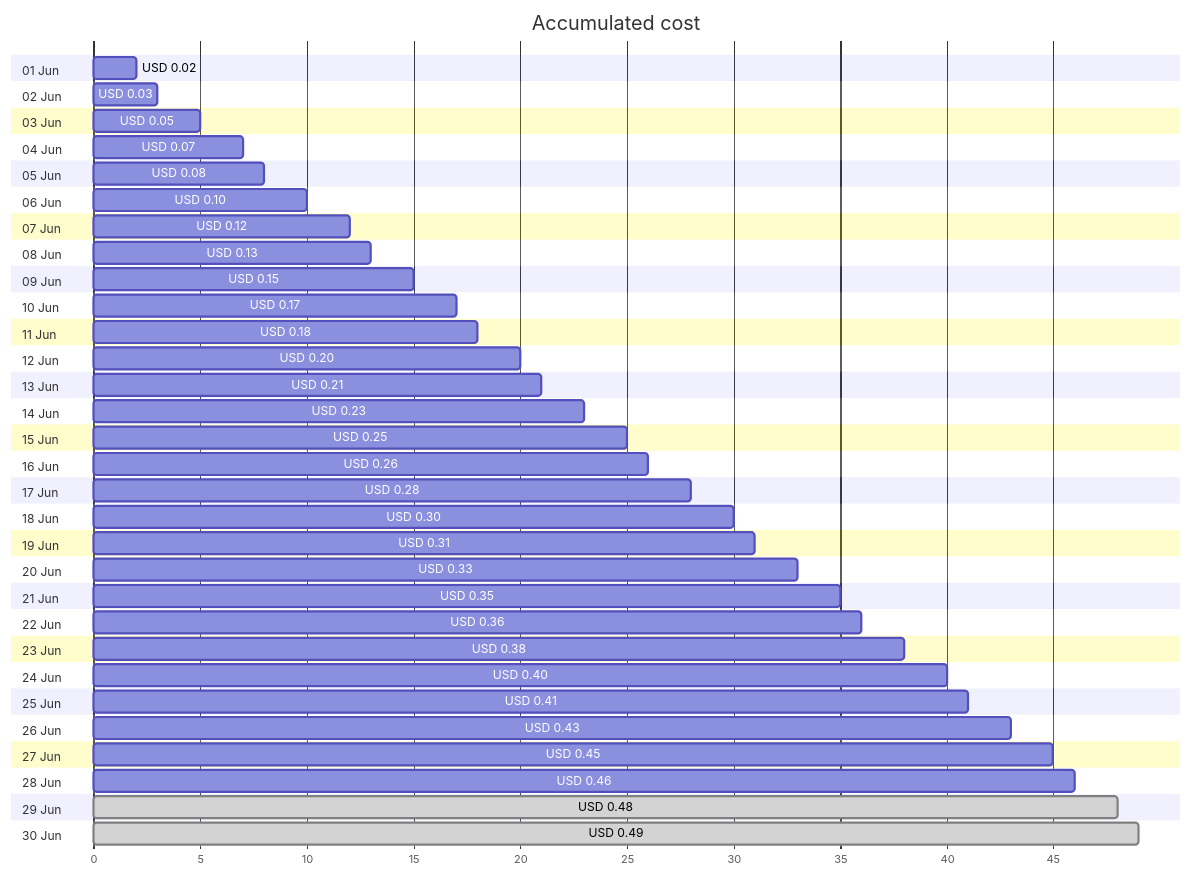
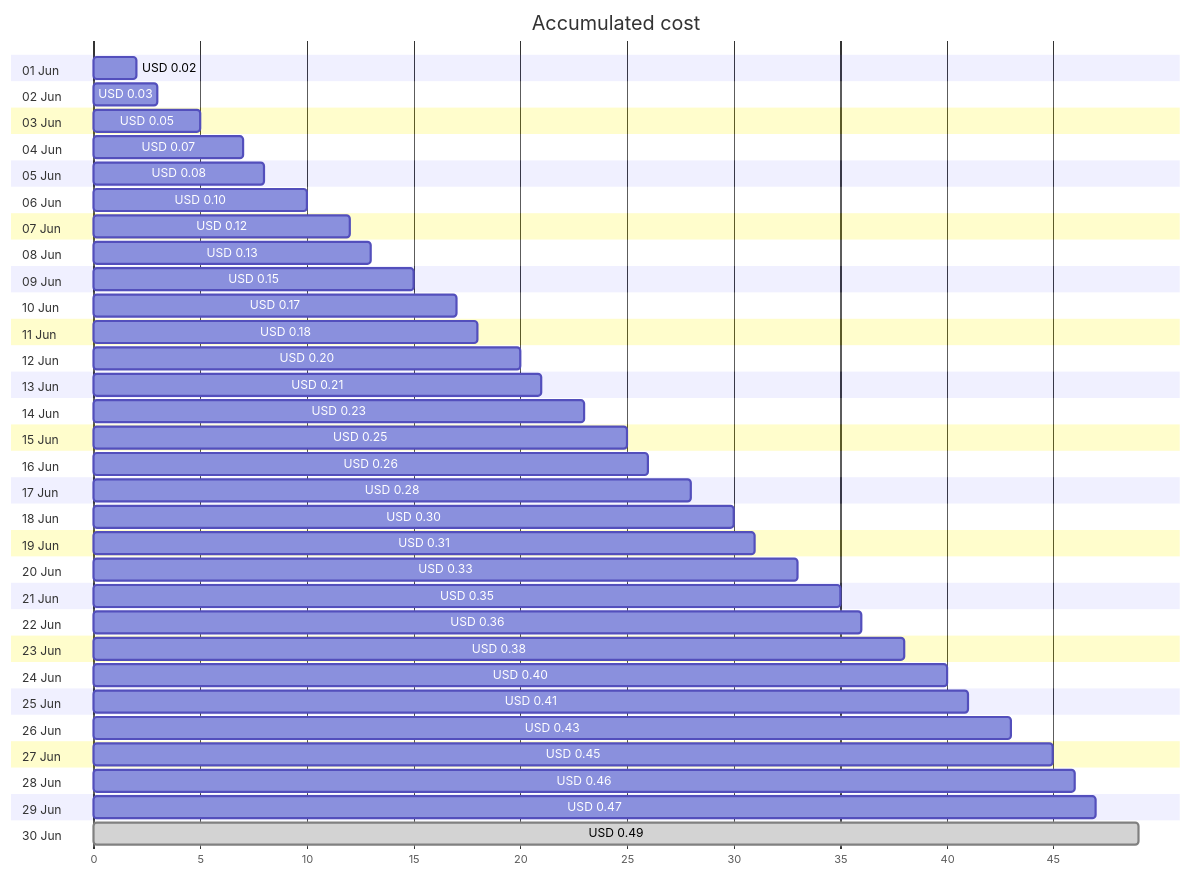
One commit to jpfulton/azure-personal-reports changed the first of 4 diagrams in cost-reports/personal-dns/jpatrickfulton.dev.md. Above: the diagram before and after it, drawn with Mermaid. The commit also changed other lines of this file and 2 other files, not shown here.

````diff
--- a/cost-reports/personal-dns/jpatrickfulton.dev.md
+++ b/cost-reports/personal-dns/jpatrickfulton.dev.md
@@ -20,66 +20,66 @@
 ```mermaid
 gantt
    title Accumulated cost
    dateFormat  X
    axisFormat %s
    section 01 Jun
    USD 0.02 :0, 2
    section 02 Jun
    USD 0.03 :0, 3
    section 03 Jun
    USD 0.05 :0, 5
    section 04 Jun
    USD 0.07 :0, 7
    section 05 Jun
    USD 0.08 :0, 8
    section 06 Jun
    USD 0.10 :0, 10
    section 07 Jun
    USD 0.12 :0, 12
    section 08 Jun
    USD 0.13 :0, 13
    section 09 Jun
    USD 0.15 :0, 15
    section 10 Jun
    USD 0.17 :0, 17
    section 11 Jun
    USD 0.18 :0, 18
    section 12 Jun
    USD 0.20 :0, 20
    section 13 Jun
    USD 0.21 :0, 21
    section 14 Jun
    USD 0.23 :0, 23
    section 15 Jun
    USD 0.25 :0, 25
    section 16 Jun
    USD 0.26 :0, 26
    section 17 Jun
    USD 0.28 :0, 28
    section 18 Jun
    USD 0.30 :0, 30
    section 19 Jun
    USD 0.31 :0, 31
    section 20 Jun
    USD 0.33 :0, 33
    section 21 Jun
    USD 0.35 :0, 35
    section 22 Jun
    USD 0.36 :0, 36
    section 23 Jun
    USD 0.38 :0, 38
    section 24 Jun
    USD 0.40 :0, 40
    section 25 Jun
    USD 0.41 :0, 41
    section 26 Jun
    USD 0.43 :0, 43
    section 27 Jun
    USD 0.45 :0, 45
    section 28 Jun
    USD 0.46 :0, 46
    section 29 Jun
-   USD 0.48 : done, 0, 48
+   USD 0.47 :0, 47
    section 30 Jun
    USD 0.49 : done, 0, 49
 ```
````
